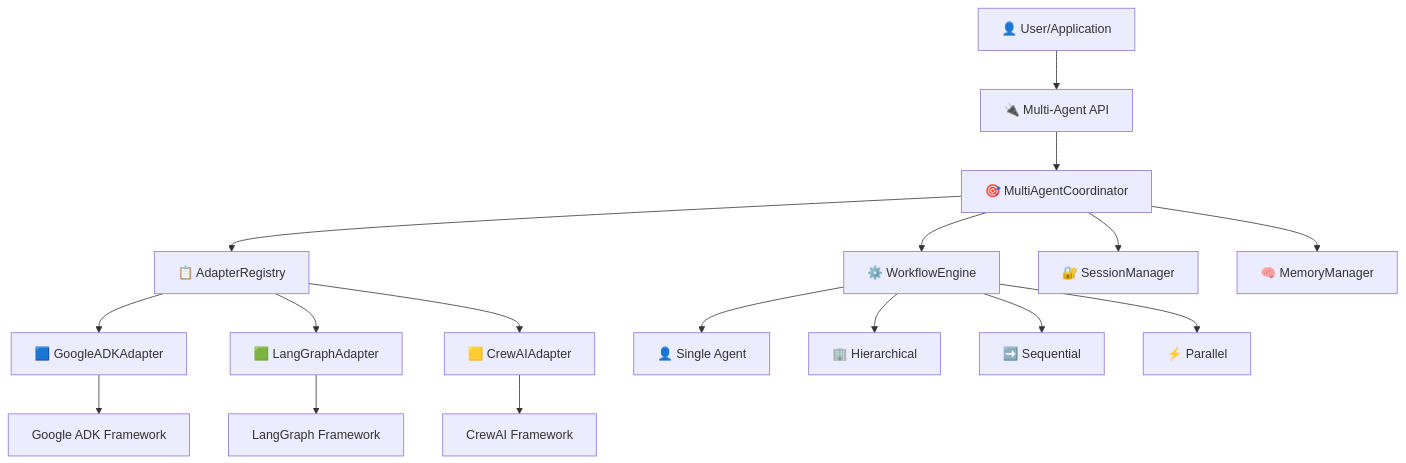
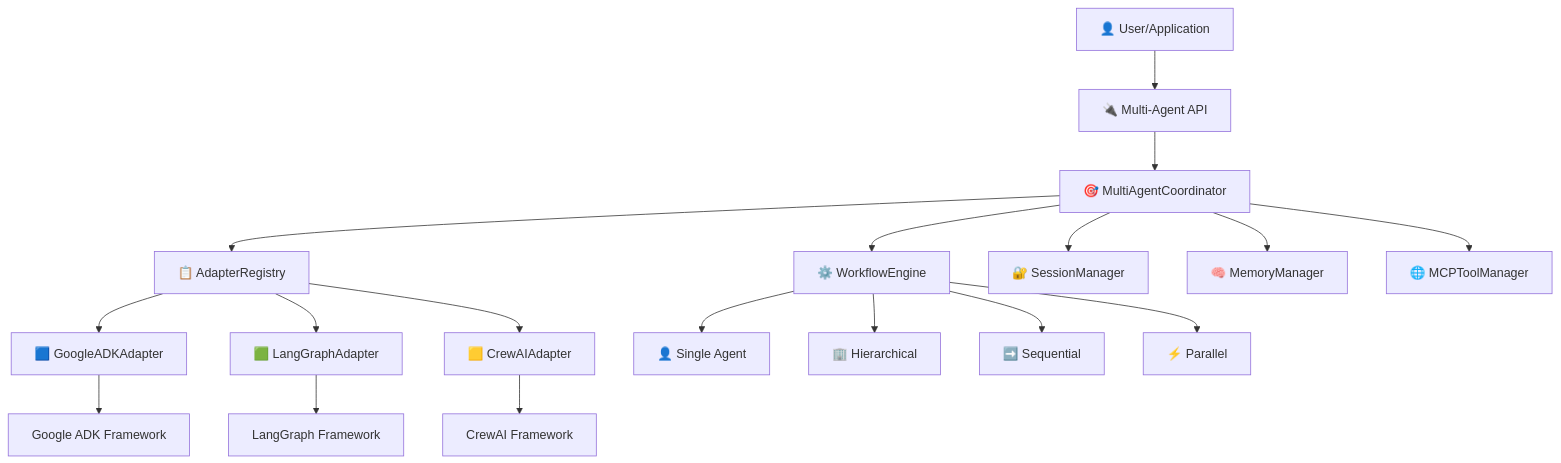
The diagram in README.md (tgoai/tgo-agents-sdk), drawn with Mermaid before and after one commit. The commit also changed other lines of this file and 29 other files, not shown here.

````diff
--- a/README.md
+++ b/README.md
@@ -18,28 +18,29 @@
 ```mermaid
 graph TB
     %% User Layer
     User[👤 User/Application] --> API[🔌 Multi-Agent API]
 
     %% Core Coordination Layer
     API --> Coordinator[🎯 MultiAgentCoordinator]
     Coordinator --> Registry[📋 AdapterRegistry]
     Coordinator --> WorkflowEngine[⚙️ WorkflowEngine]
     Coordinator --> SessionMgr[🔐 SessionManager]
     Coordinator --> MemoryMgr[🧠 MemoryManager]
+    Coordinator --> MCPMgr[🌐 MCPToolManager]
 
     %% Framework Adapters Layer
     Registry --> GoogleADK[🟦 GoogleADKAdapter]
     Registry --> LangGraph[🟩 LangGraphAdapter]
     Registry --> CrewAI[🟨 CrewAIAdapter]
 
     %% AI Frameworks
     GoogleADK --> GoogleSDK[Google ADK Framework]
     LangGraph --> LangGraphSDK[LangGraph Framework]
     CrewAI --> CrewAISDK[CrewAI Framework]
 
     %% Workflow Types
     WorkflowEngine --> Single[👤 Single Agent]
     WorkflowEngine --> Hierarchical[🏢 Hierarchical]
     WorkflowEngine --> Sequential[➡️ Sequential]
     WorkflowEngine --> Parallel[⚡ Parallel]
 ```
````
